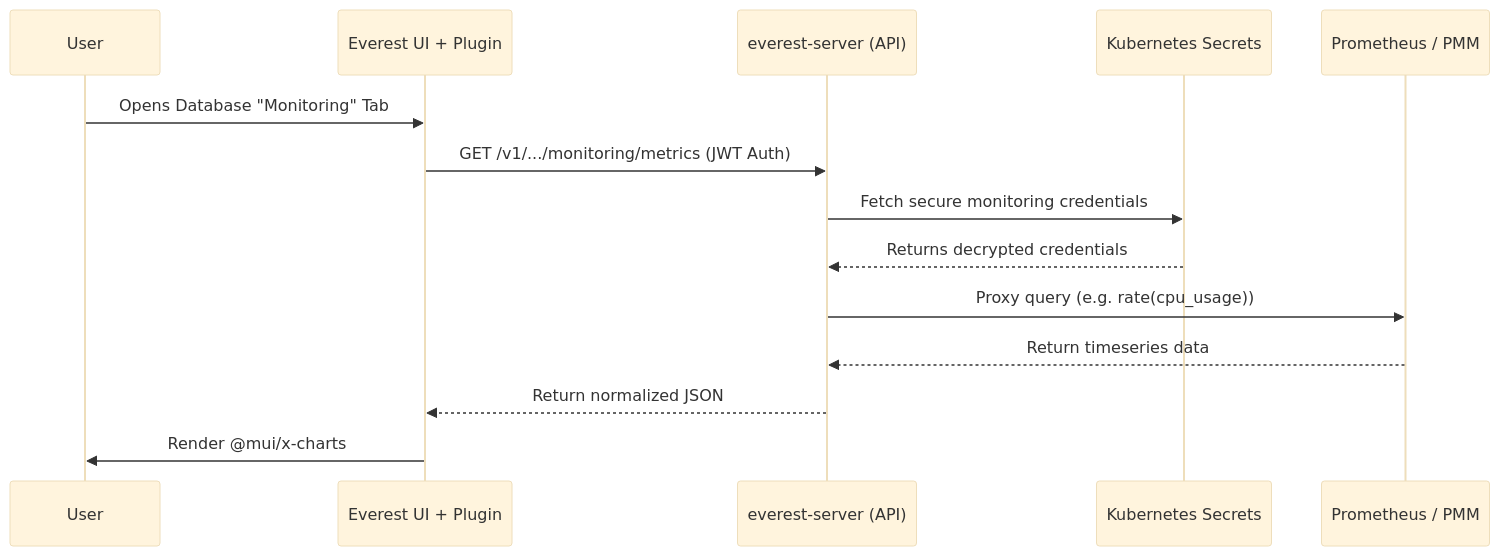
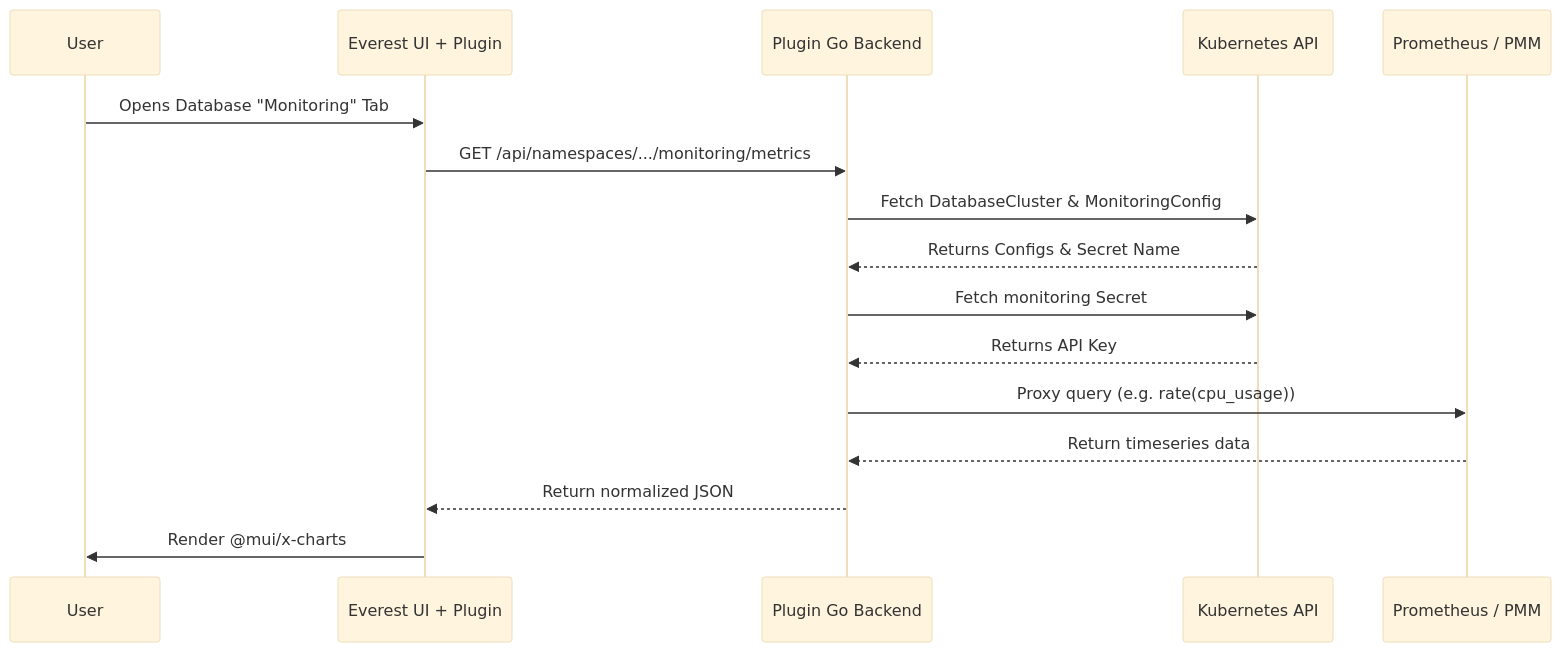
One commit to alokkumardalei-wq/monitoring-plugin-poc changed the diagram in README.md. Above: the diagram before and after it, drawn with Mermaid (base theme). The commit also changed other lines of this file, not shown here.

Commit message:
Update README to reflect Go backend proxy architecture and new screenshot link

````diff
--- a/README.md
+++ b/README.md
@@ -27,20 +27,22 @@
 ```mermaid
 sequenceDiagram
     participant User
     participant Browser as Everest UI + Plugin
-    participant Everest as everest-server (API)
-    participant K8s as Kubernetes Secrets
+    participant PluginBackend as Plugin Go Backend
+    participant K8s as Kubernetes API
     participant PMM as Prometheus / PMM
 
     User->>Browser: Opens Database "Monitoring" Tab
-    Browser->>Everest: GET /v1/.../monitoring/metrics (JWT Auth)
+    Browser->>PluginBackend: GET /api/namespaces/.../monitoring/metrics
     
-    Everest->>K8s: Fetch secure monitoring credentials
-    K8s-->>Everest: Returns decrypted credentials
+    PluginBackend->>K8s: Fetch DatabaseCluster & MonitoringConfig
+    K8s-->>PluginBackend: Returns Configs & Secret Name
+    PluginBackend->>K8s: Fetch monitoring Secret
+    K8s-->>PluginBackend: Returns API Key
     
-    Everest->>PMM: Proxy query (e.g. rate(cpu_usage))
-    PMM-->>Everest: Return timeseries data
-    Everest-->>Browser: Return normalized JSON
+    PluginBackend->>PMM: Proxy query (e.g. rate(cpu_usage))
+    PMM-->>PluginBackend: Return timeseries data
+    PluginBackend-->>Browser: Return normalized JSON
     
     Browser->>User: Render @mui/x-charts
 ```
````
